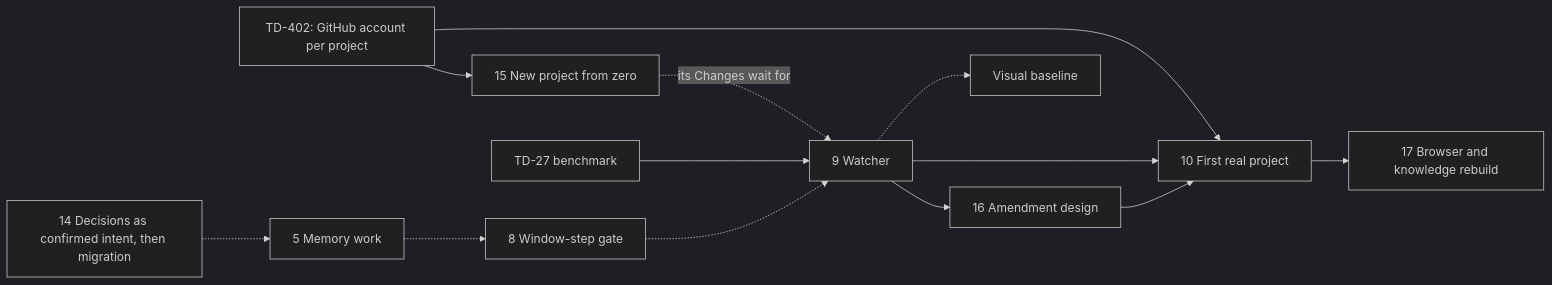
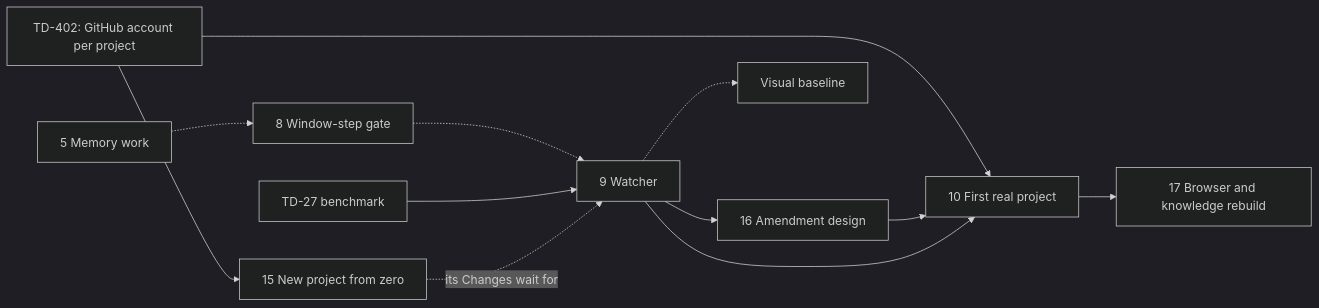
The diagram in .owlbear/research/owlbear-plan.md (maba-pag/owlbear), drawn with Mermaid (dark theme) before and after one commit. The commit also changed other lines of this file, not shown here.

Commit message:
plan: item 14 done; removed from open-work graph

````diff
--- a/.owlbear/research/owlbear-plan.md
+++ b/.owlbear/research/owlbear-plan.md
@@ -104,15 +105,14 @@
 ```mermaid
 flowchart LR
   A402["TD-402: GitHub account per project"] --> I15["15 New project from zero"]
   A402 --> I10["10 First real project"]
-  I14["14 Decisions as confirmed intent, then migration"] -.-> I5["5 Memory work"]
-  I5 -.-> I8["8 Window-step gate"]
+  I5["5 Memory work"] -.-> I8["8 Window-step gate"]
   I8 -.-> I9["9 Watcher"]
   B27["TD-27 benchmark"] --> I9
   I9 --> I16["16 Amendment design"]
   I16 --> I10
   I9 --> I10
   I15 -. its Changes wait for .-> I9
   I10 --> I17["17 Browser and knowledge rebuild"]
   I9 -.-> VB["Visual baseline"]
 ```
````
